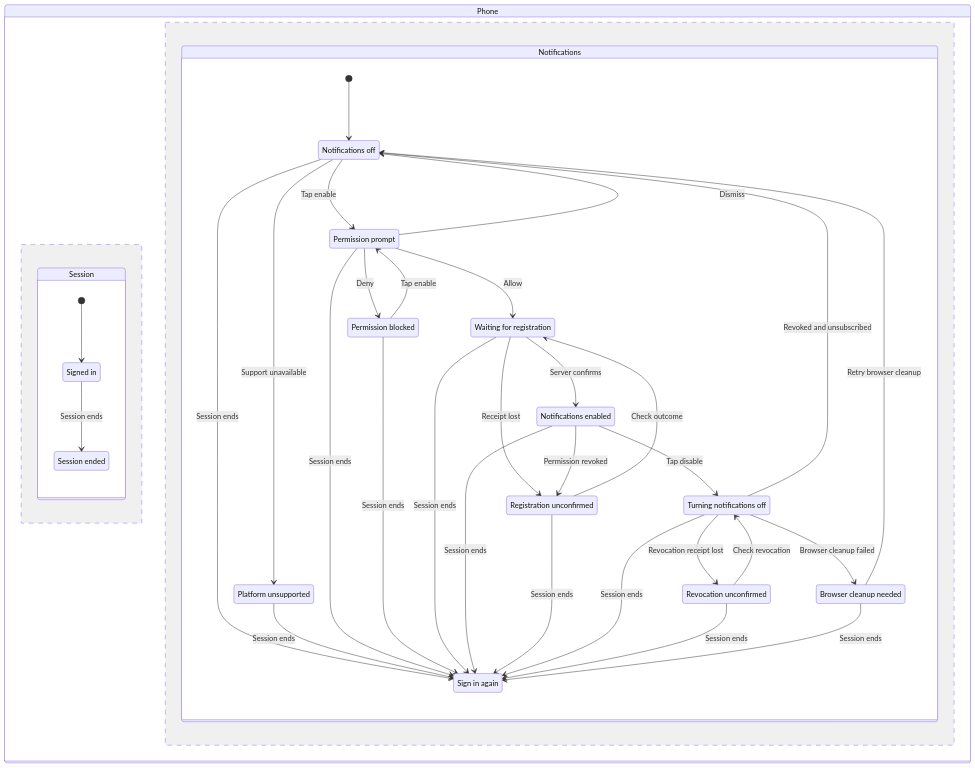
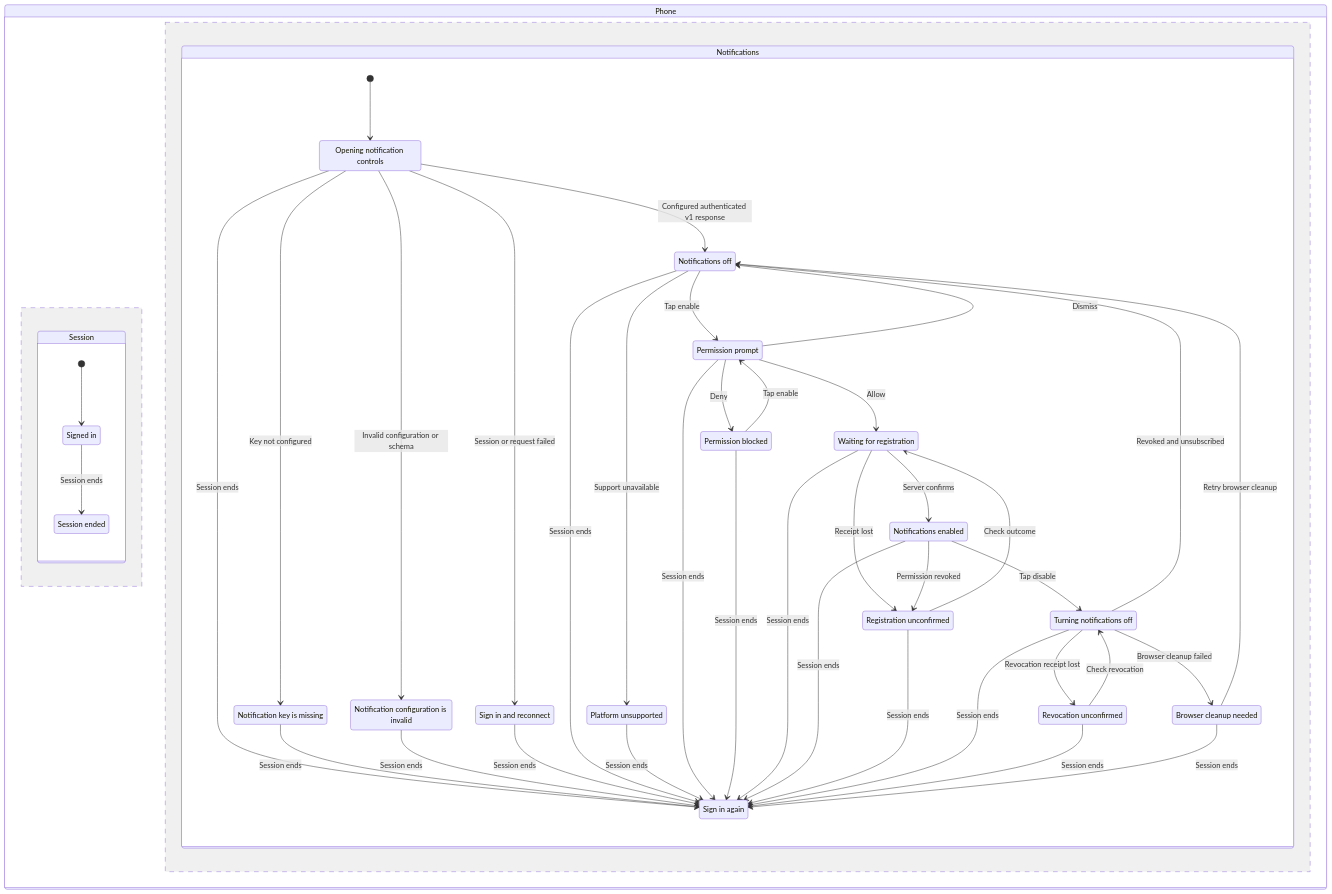
One commit to jbookout/doctorcre-app changed the diagram in docs/statecharts/phone-push.mmd. Above: the diagram before and after it, drawn with Mermaid. The commit also changed 9 other files, not shown here.

First line of the commit message:
Read phone push configuration through authenticated CARR contract

```diff
--- a/docs/statecharts/phone-push.mmd
+++ b/docs/statecharts/phone-push.mmd
@@ -1,53 +1,65 @@
 stateDiagram-v2
     state Phone {
       state Session {
         state "Signed in" as SignedIn
         state "Session ended" as SignedOut
         [*] --> SignedIn
         SignedIn --> SignedOut: Session ends
       }
       --
       state Notifications {
         state "Notifications off" as Off
         state "Platform unsupported" as Unsupported
         state "Permission prompt" as Prompting
         state "Permission blocked" as Denied
         state "Waiting for registration" as Registering
         state "Notifications enabled" as Enabled
         state "Registration unconfirmed" as Unconfirmed
         state "Turning notifications off" as Revoking
         state "Revocation unconfirmed" as RevokeUnknown
         state "Browser cleanup needed" as Cleanup
         state "Sign in again" as Retired
-        [*] --> Off
+        state "Opening notification controls" as Loading
+        state "Notification key is missing" as Missing
+        state "Notification configuration is invalid" as Invalid
+        state "Sign in and reconnect" as Reconnect
+        [*] --> Loading
+        Loading --> Off: Configured authenticated v1 response
+        Loading --> Missing: Key not configured
+        Loading --> Invalid: Invalid configuration or schema
+        Loading --> Reconnect: Session or request failed
+        Loading --> Retired: Session ends
+        Missing --> Retired: Session ends
+        Invalid --> Retired: Session ends
+        Reconnect --> Retired: Session ends
         Off --> Unsupported: Support unavailable
         Off --> Prompting: Tap enable
         Prompting --> Registering: Allow
         Prompting --> Denied: Deny
         Prompting --> Off: Dismiss
         Denied --> Prompting: Tap enable
         Registering --> Enabled: Server confirms
         Registering --> Unconfirmed: Receipt lost
         Unconfirmed --> Registering: Check outcome
         Enabled --> Revoking: Tap disable
         Revoking --> RevokeUnknown: Revocation receipt lost
         RevokeUnknown --> Revoking: Check revocation
         Revoking --> Off: Revoked and unsubscribed
         Revoking --> Cleanup: Browser cleanup failed
         Cleanup --> Off: Retry browser cleanup
         Enabled --> Unconfirmed: Permission revoked
         Off --> Retired: Session ends
         Unsupported --> Retired: Session ends
         Prompting --> Retired: Session ends
         Denied --> Retired: Session ends
         Registering --> Retired: Session ends
         Enabled --> Retired: Session ends
         Unconfirmed --> Retired: Session ends
         Revoking --> Retired: Session ends
         RevokeUnknown --> Retired: Session ends
         Cleanup --> Retired: Session ends
       }
     }
     %% never SignedOutEnabled: Session ended & Notifications enabled -- A closed session never shows enabled
     %% never SignedOutRegistering: Session ended & Waiting for registration -- A closed session cannot register
     %% never SignedOutRevoking: Session ended & Turning notifications off -- A closed session cannot start a write
```
